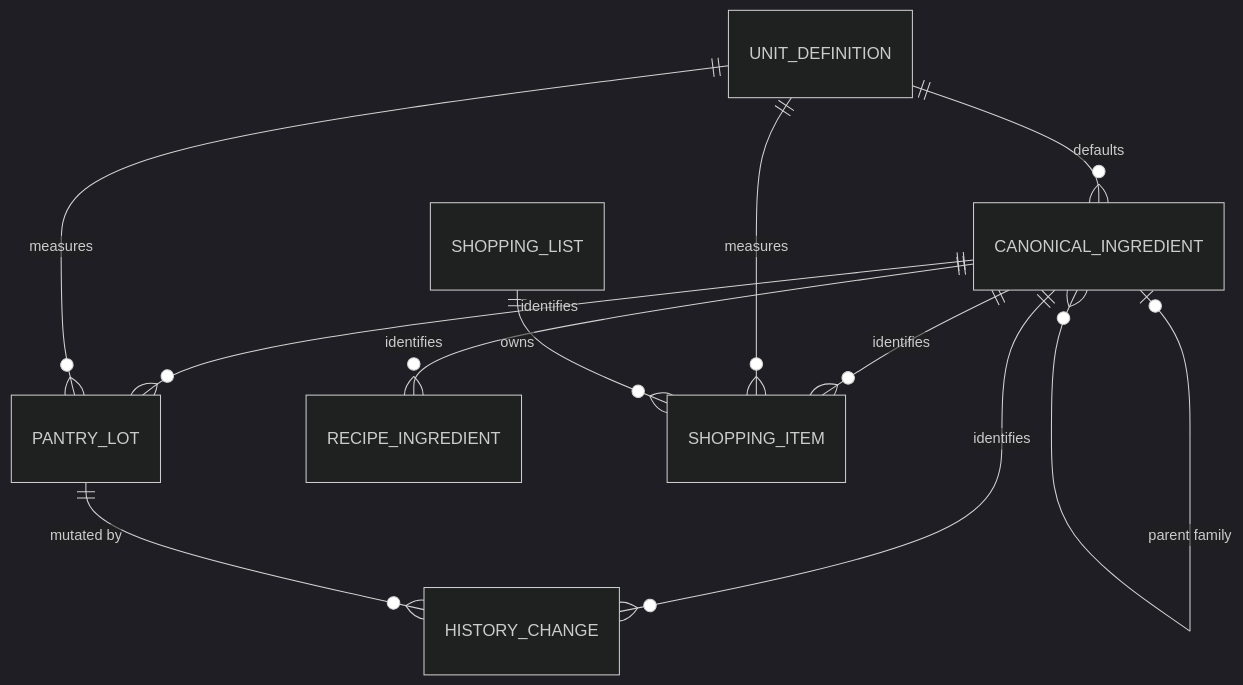
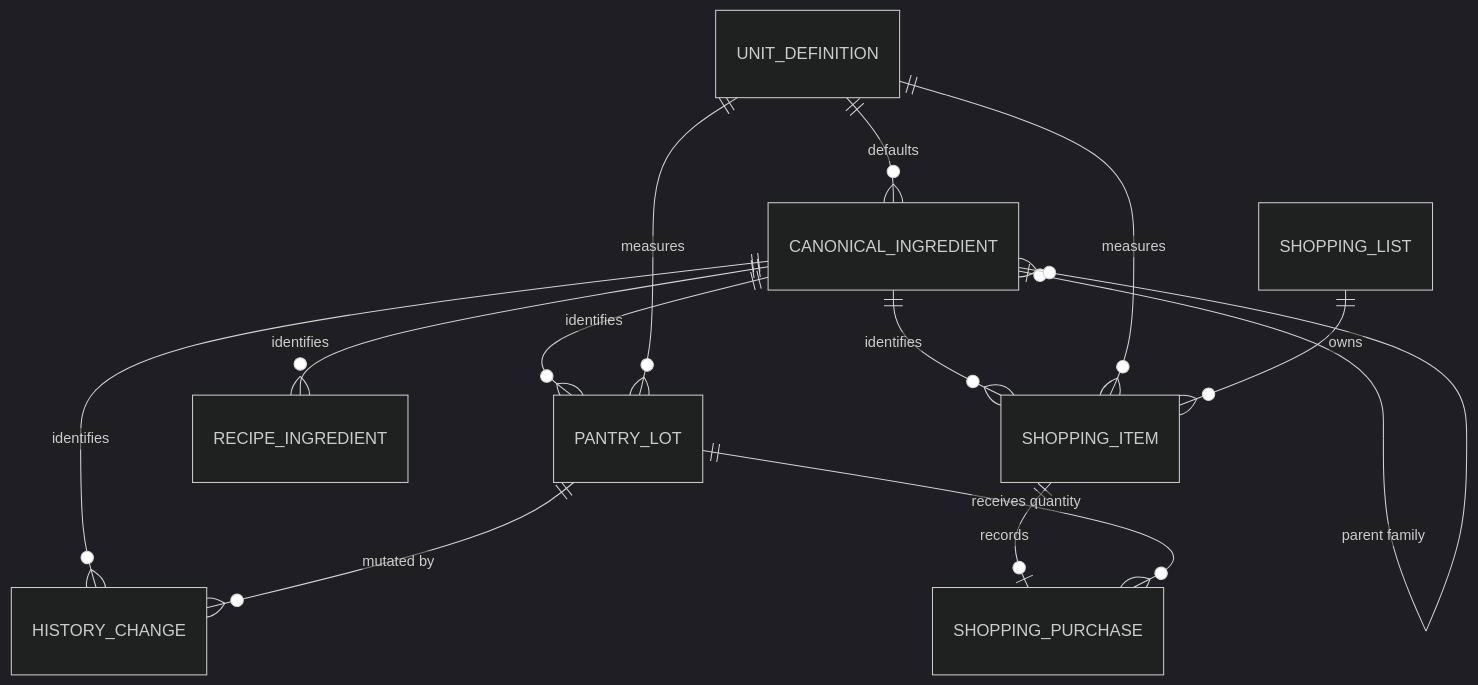
One commit to kobv99/KinRaiDee changed the first of 3 diagrams in docs/10_CANONICAL_INGREDIENT_DATA_MODEL.md. Above: the diagram before and after it, drawn with Mermaid (dark theme). The commit also changed other lines of this file and 21 other files, not shown here.

````diff
--- a/docs/10_CANONICAL_INGREDIENT_DATA_MODEL.md
+++ b/docs/10_CANONICAL_INGREDIENT_DATA_MODEL.md
@@ -5,13 +5,15 @@
 ```mermaid
 erDiagram
     CANONICAL_INGREDIENT ||--o{ PANTRY_LOT : "identifies"
     CANONICAL_INGREDIENT ||--o{ RECIPE_INGREDIENT : "identifies"
     CANONICAL_INGREDIENT ||--o{ HISTORY_CHANGE : "identifies"
     CANONICAL_INGREDIENT ||--o{ SHOPPING_ITEM : "identifies"
     UNIT_DEFINITION ||--o{ CANONICAL_INGREDIENT : "defaults"
     UNIT_DEFINITION ||--o{ PANTRY_LOT : "measures"
     UNIT_DEFINITION ||--o{ SHOPPING_ITEM : "measures"
     PANTRY_LOT ||--o{ HISTORY_CHANGE : "mutated by"
     SHOPPING_LIST ||--o{ SHOPPING_ITEM : "owns"
+    SHOPPING_ITEM ||--o| SHOPPING_PURCHASE : "records"
+    PANTRY_LOT ||--o{ SHOPPING_PURCHASE : "receives quantity"
     CANONICAL_INGREDIENT o|--o{ CANONICAL_INGREDIENT : "parent family"
 ```
````
